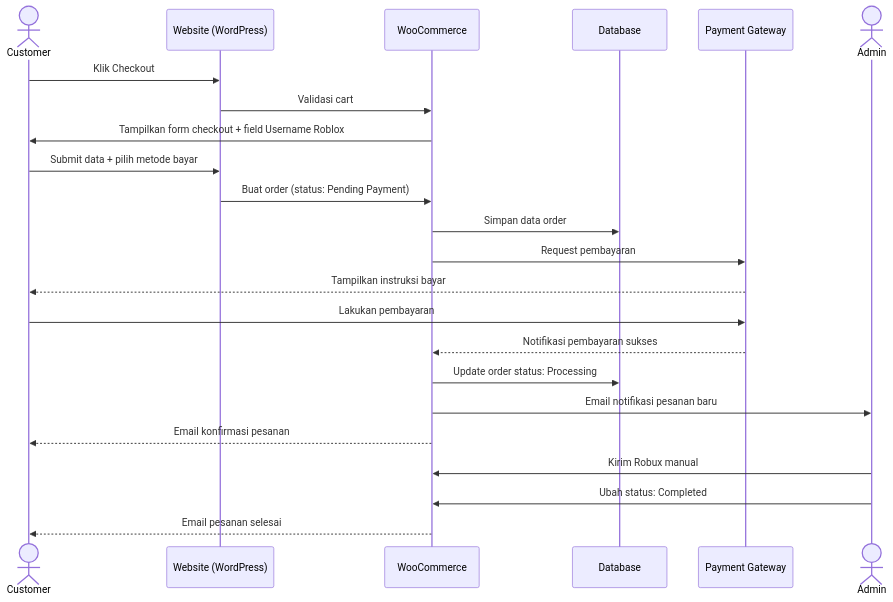
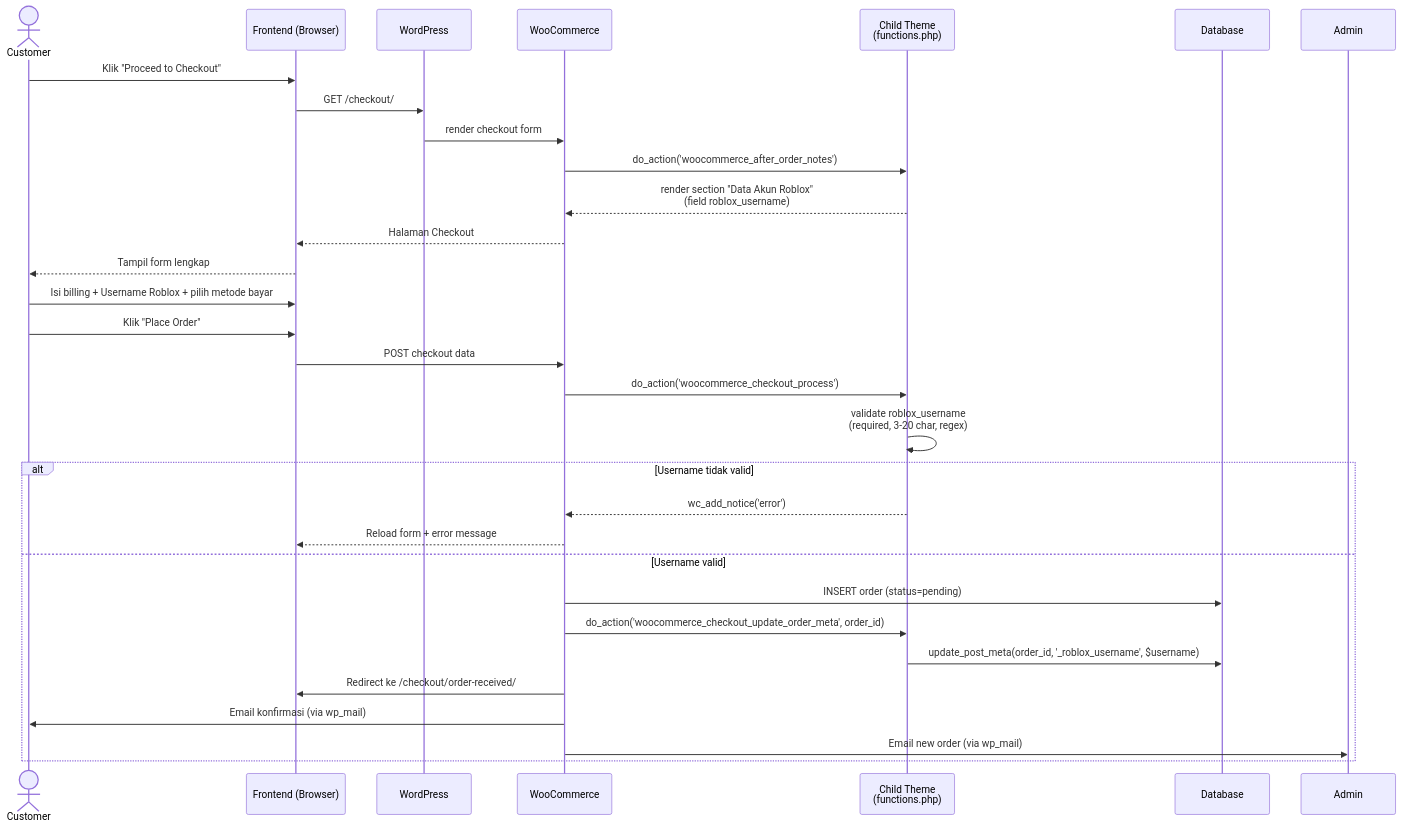
The fourth of 5 diagrams in docs/02-perancangan-uml.md (WahyuNimcoo/skripsi-dyaastore-wahyu), drawn with Mermaid before and after one commit. The commit also changed other lines of this file and 8 other files, not shown here.

````diff
--- a/docs/02-perancangan-uml.md
+++ b/docs/02-perancangan-uml.md
@@ -159,26 +220,34 @@
 ```mermaid
 sequenceDiagram
     actor C as Customer
-    participant W as Website (WordPress)
+    participant FE as Frontend (Browser)
+    participant WP as WordPress
     participant WC as WooCommerce
+    participant CT as Child Theme<br/>(functions.php)
     participant DB as Database
-    participant PG as Payment Gateway
-    actor A as Admin
 
-    C->>W: Klik Checkout
-    W->>WC: Validasi cart
-    WC->>C: Tampilkan form checkout + field Username Roblox
-    C->>W: Submit data + pilih metode bayar
-    W->>WC: Buat order (status: Pending Payment)
-    WC->>DB: Simpan data order
-    WC->>PG: Request pembayaran
-    PG-->>C: Tampilkan instruksi bayar
-    C->>PG: Lakukan pembayaran
-    PG-->>WC: Notifikasi pembayaran sukses
-    WC->>DB: Update order status: Processing
-    WC->>A: Email notifikasi pesanan baru
-    WC-->>C: Email konfirmasi pesanan
-    A->>WC: Kirim Robux manual
-    A->>WC: Ubah status: Completed
-    WC-->>C: Email pesanan selesai
+    C->>FE: Klik "Proceed to Checkout"
+    FE->>WP: GET /checkout/
+    WP->>WC: render checkout form
+    WC->>CT: do_action('woocommerce_after_order_notes')
+    CT-->>WC: render section "Data Akun Roblox"<br/>(field roblox_username)
+    WC-->>FE: Halaman Checkout
+    FE-->>C: Tampil form lengkap
+
+    C->>FE: Isi billing + Username Roblox + pilih metode bayar
+    C->>FE: Klik "Place Order"
+    FE->>WC: POST checkout data
+    WC->>CT: do_action('woocommerce_checkout_process')
+    CT->>CT: validate roblox_username<br/>(required, 3-20 char, regex)
+    alt Username tidak valid
+        CT-->>WC: wc_add_notice('error')
+        WC-->>FE: Reload form + error message
+    else Username valid
+        WC->>DB: INSERT order (status=pending)
+        WC->>CT: do_action('woocommerce_checkout_update_order_meta', order_id)
+        CT->>DB: update_post_meta(order_id, '_roblox_username', $username)
+        WC->>FE: Redirect ke /checkout/order-received/
+        WC->>C: Email konfirmasi (via wp_mail)
+        WC->>Admin: Email new order (via wp_mail)
+    end
 ```
````
